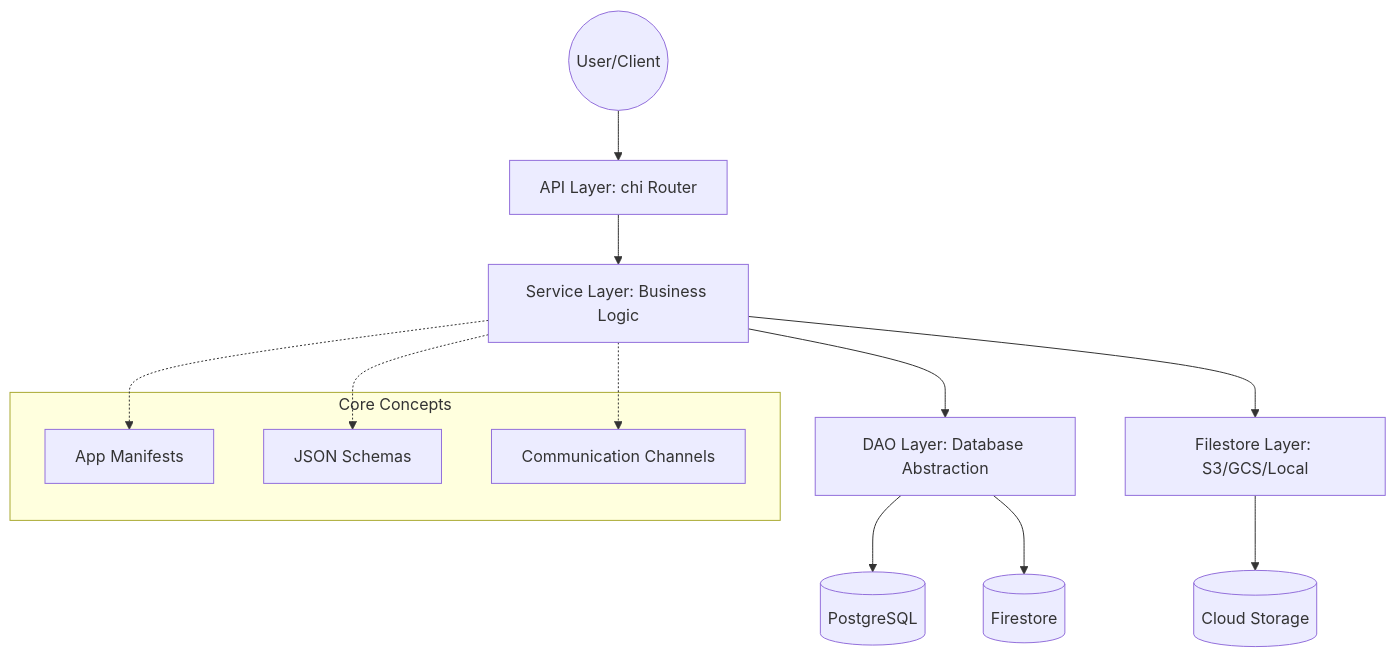
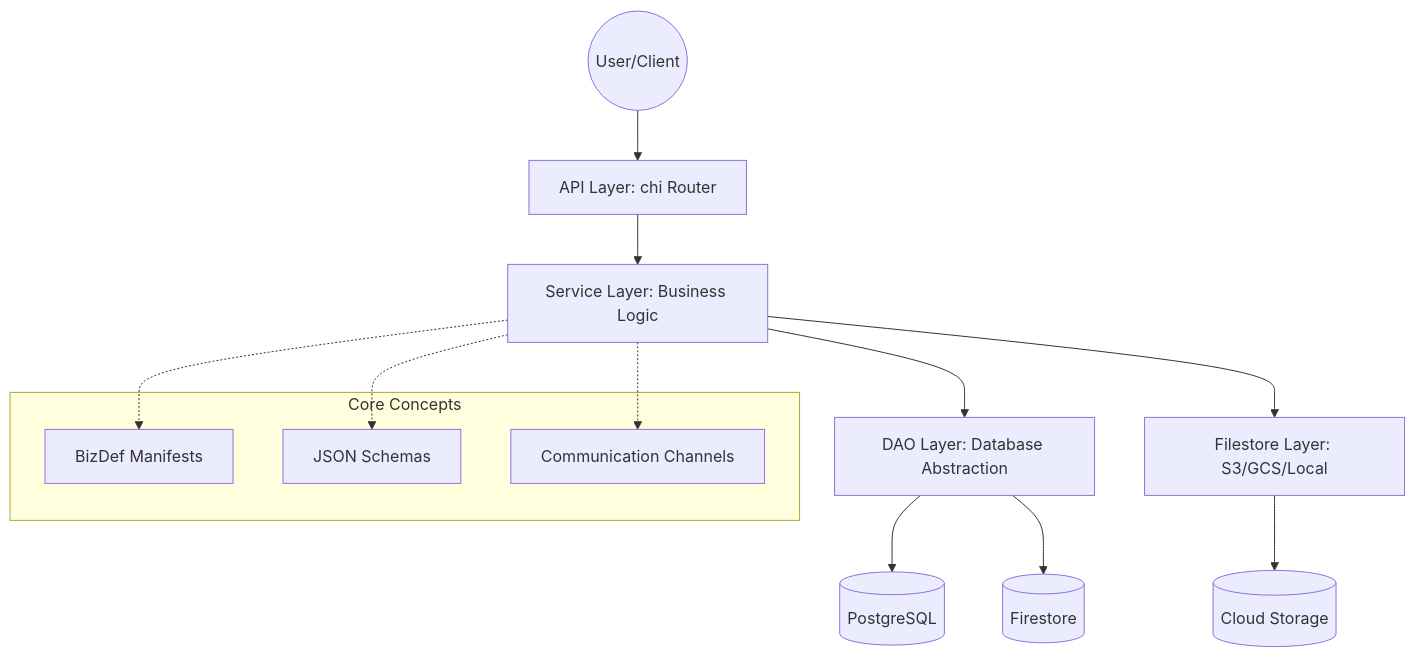
One commit to innomon/aigen-app changed the first of 2 diagrams in ARCHITECTURE.md. Above: the diagram before and after it, drawn with Mermaid. The commit also changed other lines of this file and 68 other files, not shown here.

Commit message:
changed name from App to BizDef

````diff
--- a/ARCHITECTURE.md
+++ b/ARCHITECTURE.md
@@ -50,20 +50,20 @@
 ```mermaid
 graph TD
     User((User/Client)) --> API[API Layer: chi Router]
     API --> Service[Service Layer: Business Logic]
     Service --> DAO[DAO Layer: Database Abstraction]
     Service --> Filestore[Filestore Layer: S3/GCS/Local]
     DAO --> Postgres[(PostgreSQL)]
     DAO --> Firestore[(Firestore)]
     Filestore --> Cloud[(Cloud Storage)]
     
     subgraph Core Concepts
-        App[App Manifests]
+        BizDef[BizDef Manifests]
         Schema[JSON Schemas]
         Channel[Communication Channels]
     end
     
-    Service -.-> App
+    Service -.-> BizDef
     Service -.-> Schema
     Service -.-> Channel
 ```
````
